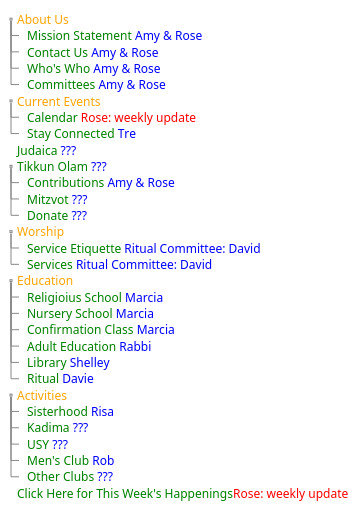
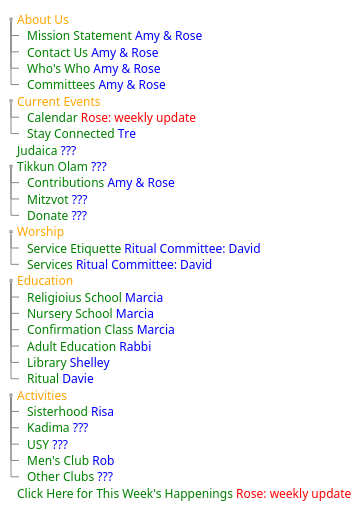
One commit to trauber/ts-website-dev changed the first of 2 diagrams in rewrite.md. Above: the diagram before and after it, drawn with PlantUML. The commit also changed other lines of this file, not shown here.

Commit message:
Updated rewrite.md (markdown)

````diff
--- a/rewrite.md
+++ b/rewrite.md
@@ -21,40 +21,40 @@
 ```plantuml
 
 @startsalt
     {
       {T
          +<color:orange>About Us
          ++<color:green>Mission Statement <color:blue>Amy & Rose
          ++<color:green>Contact Us <color:blue>Amy & Rose
          ++<color:green>Who's Who <color:blue>Amy & Rose
          ++<color:green>Committees <color:blue>Amy & Rose
          +<color:orange>Current Events
          ++<color:green>Calendar <color:#ff0000>Rose: weekly update
          ++<color:green>Stay Connected <color:blue>Tre
          +<color:green>Judaica <color:blue>???
          +<color:green>Tikkun Olam <color:blue>???
          ++<color:green>Contributions <color:blue>Amy & Rose
          ++<color:green>Mitzvot <color:blue>???
          ++<color:green>Donate <color:blue>???
          +<color:orange>Worship
          ++<color:green>Service Etiquette <color:blue>Ritual Committee: David
          ++<color:green>Services <color:blue>Ritual Committee: David
          +<color:orange>Education
          ++<color:green>Religioius School <color:blue>Marcia
          ++<color:green>Nursery School <color:blue>Marcia
          ++<color:green>Confirmation Class <color:blue>Marcia
          ++<color:green>Adult Education <color:blue>Rabbi
          ++<color:green>Library <color:blue>Shelley
          ++<color:green>Ritual <color:blue>Davie
          +<color:orange>Activities
          ++<color:green>Sisterhood <color:blue>Risa
          ++<color:green>Kadima <color:blue>???
          ++<color:green>USY <color:blue>???
          ++<color:green>Men's Club <color:blue>Rob
          ++<color:green>Other Clubs <color:blue>???
-         +<color:green>Click Here for This Week's Happenings<color:#ff0000>Rose: weekly update
+         +<color:green>Click Here for This Week's Happenings <color:#ff0000>Rose: weekly update
       }
     }
 @endsalt
 
 ```
````
